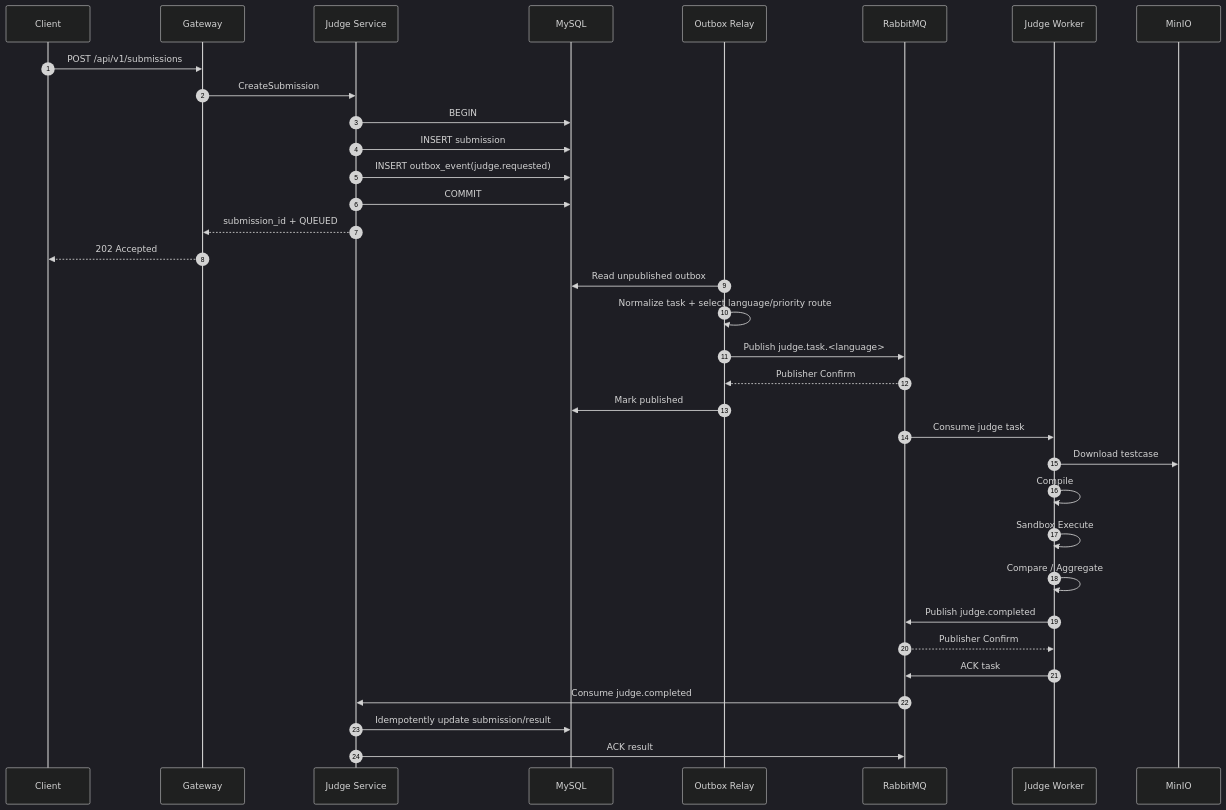
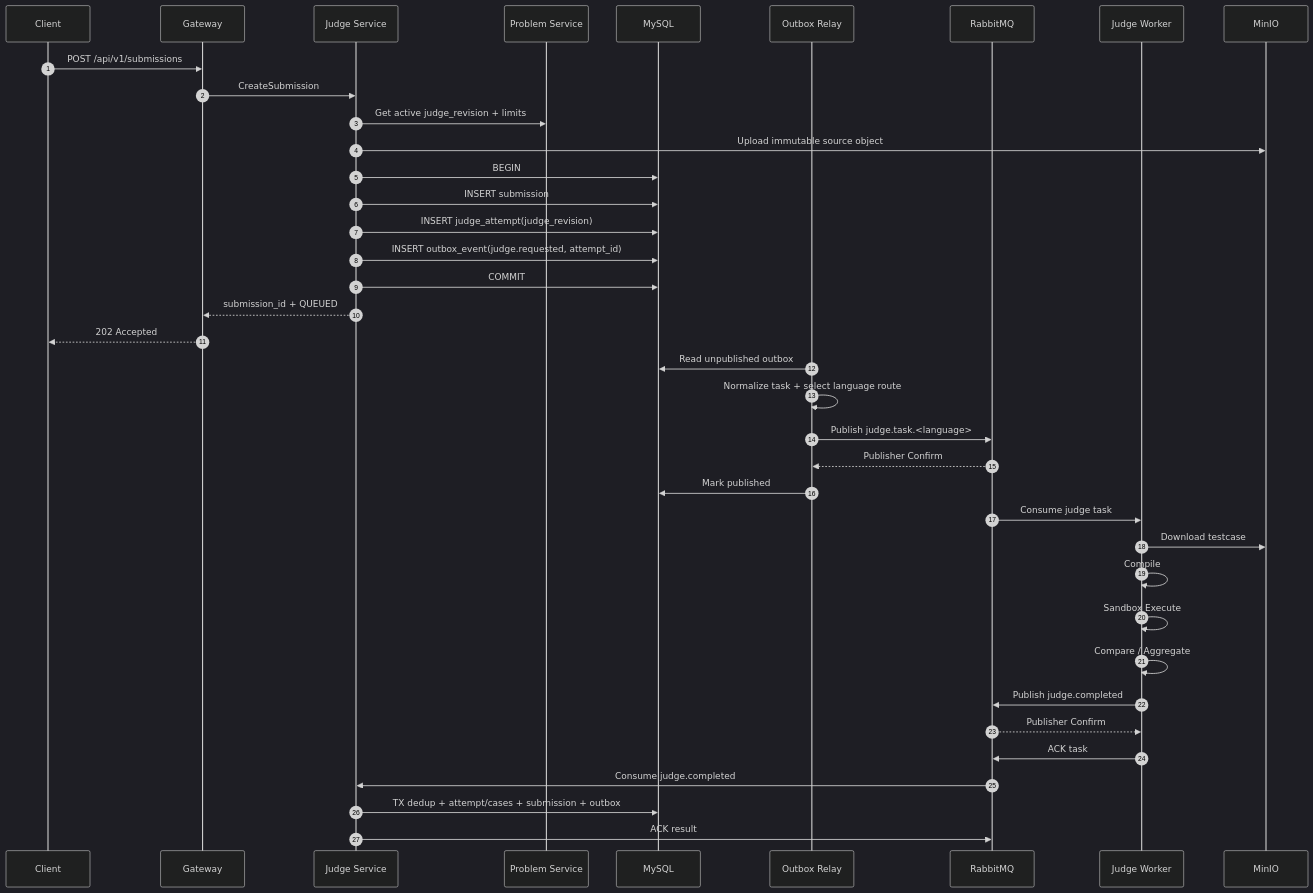
One commit to viggggil/go_oj_agent changed the second of 6 diagrams in docs/architecture.md. Above: the diagram before and after it, drawn with Mermaid (dark theme). The commit also changed other lines of this file and 5 other files, not shown here.

Commit message:
docs(judge): finalize initial judging architecture

````diff
--- a/docs/architecture.md
+++ b/docs/architecture.md
@@ -283,44 +284,48 @@
 ```mermaid
 sequenceDiagram
     autonumber
 
     participant C as Client
     participant G as Gateway
     participant J as Judge Service
+    participant P as Problem Service
     participant DB as MySQL
     participant O as Outbox Relay
     participant MQ as RabbitMQ
     participant JW as Judge Worker
     participant M as MinIO
 
     C->>G: POST /api/v1/submissions
     G->>J: CreateSubmission
+    J->>P: Get active judge_revision + limits
+    J->>M: Upload immutable source object
 
     J->>DB: BEGIN
     J->>DB: INSERT submission
-    J->>DB: INSERT outbox_event(judge.requested)
+    J->>DB: INSERT judge_attempt(judge_revision)
+    J->>DB: INSERT outbox_event(judge.requested, attempt_id)
     J->>DB: COMMIT
 
     J-->>G: submission_id + QUEUED
     G-->>C: 202 Accepted
 
     O->>DB: Read unpublished outbox
-    O->>O: Normalize task + select language/priority route
+    O->>O: Normalize task + select language route
     O->>MQ: Publish judge.task.<language>
     MQ-->>O: Publisher Confirm
     O->>DB: Mark published
 
     MQ->>JW: Consume judge task
     JW->>M: Download testcase
     JW->>JW: Compile
     JW->>JW: Sandbox Execute
     JW->>JW: Compare / Aggregate
 
     JW->>MQ: Publish judge.completed
     MQ-->>JW: Publisher Confirm
     JW->>MQ: ACK task
 
     MQ->>J: Consume judge.completed
-    J->>DB: Idempotently update submission/result
+    J->>DB: TX dedup + attempt/cases + submission + outbox
     J->>MQ: ACK result
 ```
````
